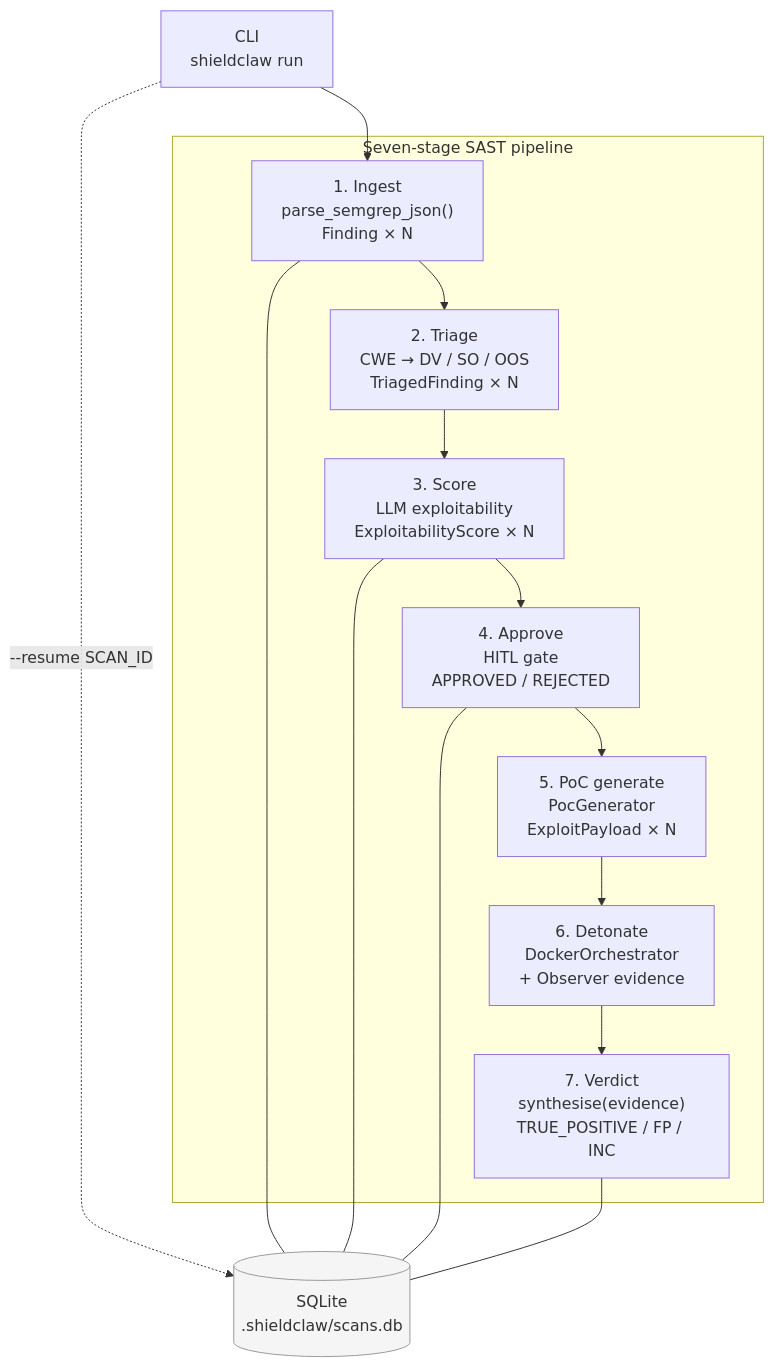
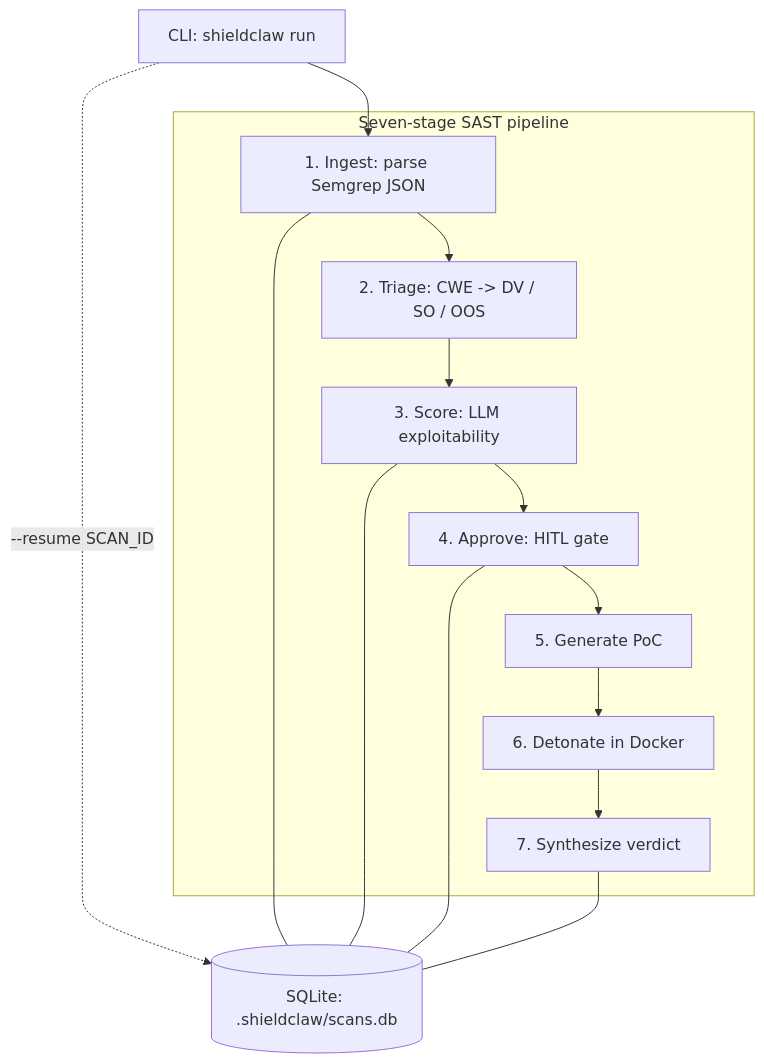
Before and after one commit to blondres04/shieldclaw: the diagram in README.md, drawn with Mermaid. The commit also changed other lines of this file and 3 other files, not shown here.

````diff
--- a/README.md
+++ b/README.md
@@ -30,28 +33,20 @@
 ```mermaid
 flowchart TD
-    CLI["CLI\nshieldclaw run"] --> Ingest
-    CLI -.->|"--resume SCAN_ID"| DB[("SQLite\n.shieldclaw/scans.db")]
+    CLI["CLI: shieldclaw run"] --> Ingest
+    CLI -.->|"--resume SCAN_ID"| DB[("SQLite: .shieldclaw/scans.db")]
 
     subgraph pipeline["Seven-stage SAST pipeline"]
-        Ingest["1. Ingest\nparse_semgrep_json()\nFinding × N"]
-        Ingest --> Triage
-        Triage["2. Triage\nCWE → DV / SO / OOS\nTriagedFinding × N"]
-        Triage --> Score
-        Score["3. Score\nLLM exploitability\nExploitabilityScore × N"]
-        Score --> Approve
-        Approve["4. Approve\nHITL gate\nAPPROVED / REJECTED"]
-        Approve --> PoC
-        PoC["5. PoC generate\nPocGenerator\nExploitPayload × N"]
-        PoC --> Detonate
-        Detonate["6. Detonate\nDockerOrchestrator\n+ Observer evidence"]
-        Detonate --> Verdict
-        Verdict["7. Verdict\nsynthesise(evidence)\nTRUE_POSITIVE / FP / INC"]
+        Ingest["1. Ingest: parse Semgrep JSON"]
+        Ingest --> Triage["2. Triage: CWE -> DV / SO / OOS"]
+        Triage --> Score["3. Score: LLM exploitability"]
+        Score --> Approve["4. Approve: HITL gate"]
+        Approve --> PoC["5. Generate PoC"]
+        PoC --> Detonate["6. Detonate in Docker"]
+        Detonate --> Verdict["7. Synthesize verdict"]
     end
 
     Ingest --- DB
     Score --- DB
     Approve --- DB
     Verdict --- DB
-
-    style DB fill:#f5f5f5,stroke:#999
 ```
````
